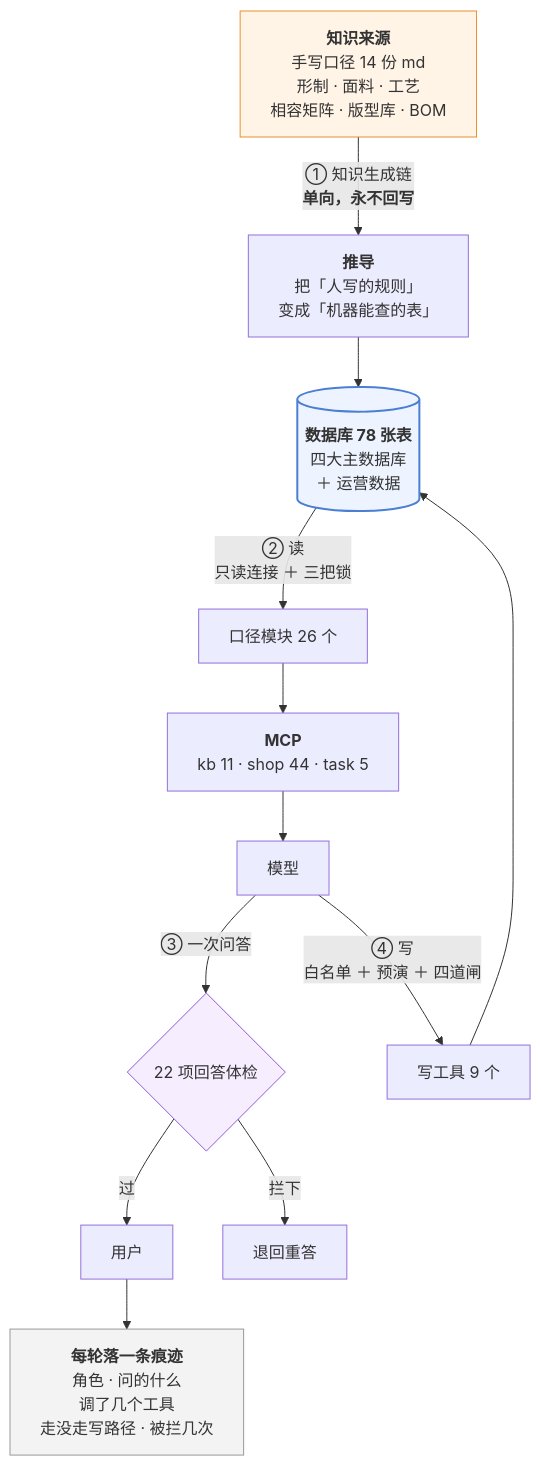
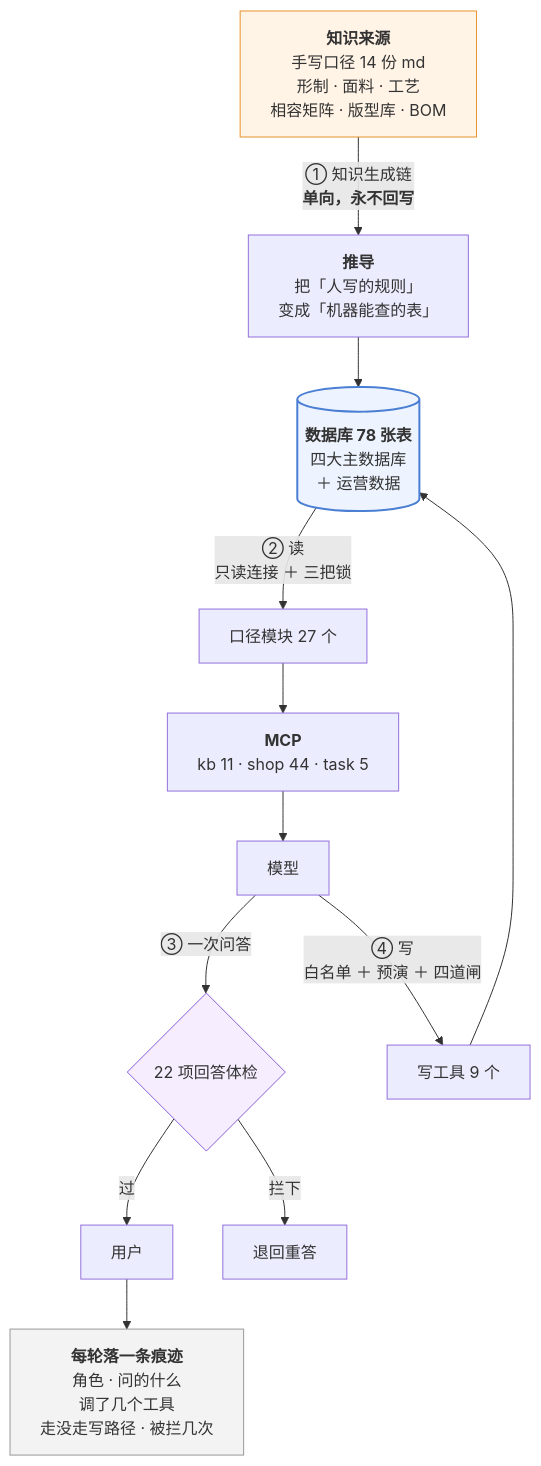
Before and after one commit to 843773296-rgb/lanxiu-yunshang-agent: the third of 3 diagrams in 澜绣云裳agent-产品说明.md, drawn with Mermaid. The commit also changed other lines of this file and 17 other files, not shown here.

````diff
--- a/澜绣云裳agent-产品说明.md
+++ b/澜绣云裳agent-产品说明.md
@@ -800,24 +801,24 @@
 ```mermaid
 flowchart TD
     MD["<b>知识来源</b><br/>手写口径 14 份 md<br/>形制 · 面料 · 工艺<br/>相容矩阵 · 版型库 · BOM"]
     MD -->|"① 知识生成链<br/><b>单向，永不回写</b>"| DV["<b>推导</b><br/>把「人写的规则」<br/>变成「机器能查的表」"]
     DV --> DB[("<b>数据库 78 张表</b><br/>四大主数据库<br/>＋ 运营数据")]
 
-    DB -->|"② 读<br/>只读连接 ＋ 三把锁"| KJ["口径模块 26 个"]
+    DB -->|"② 读<br/>只读连接 ＋ 三把锁"| KJ["口径模块 27 个"]
     KJ --> MCP["<b>MCP</b><br/>kb 11 · shop 44 · task 5"]
     MCP --> LLM["模型"]
 
     LLM -->|"③ 一次问答"| GD{"22 项回答体检"}
     GD -- 过 --> U["用户"]
     GD -- 拦下 --> RE["退回重答"]
 
     LLM -->|"④ 写<br/>白名单 ＋ 预演 ＋ 四道闸"| W["写工具 9 个"]
     W --> DB
 
     U --> TR["<b>每轮落一条痕迹</b><br/>角色 · 问的什么<br/>调了几个工具<br/>走没走写路径 · 被拦几次"]
 
     style MD fill:#fff4e6,stroke:#e8912d
     style DB fill:#eef4ff,stroke:#4a7fd4,stroke-width:2px
     style GD fill:#f6eeff,stroke:#8b5cd6
     style TR fill:#f3f3f3,stroke:#999
 ```
````
